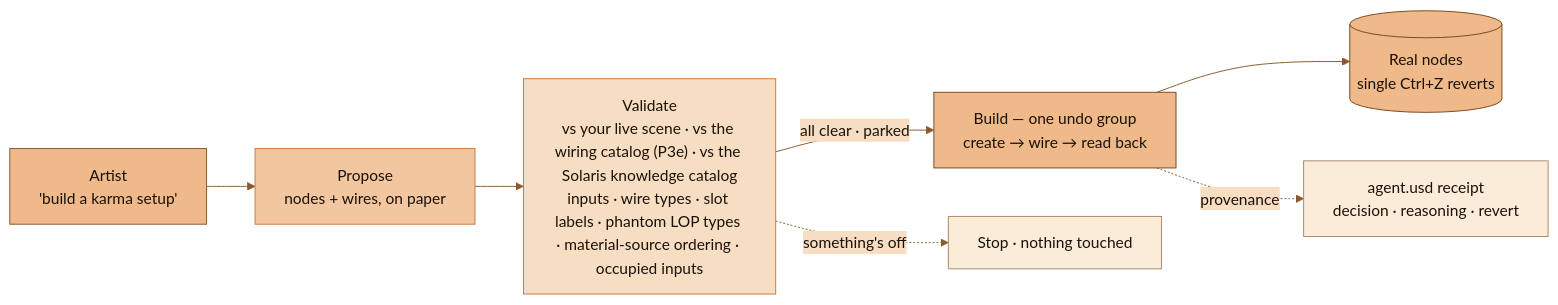
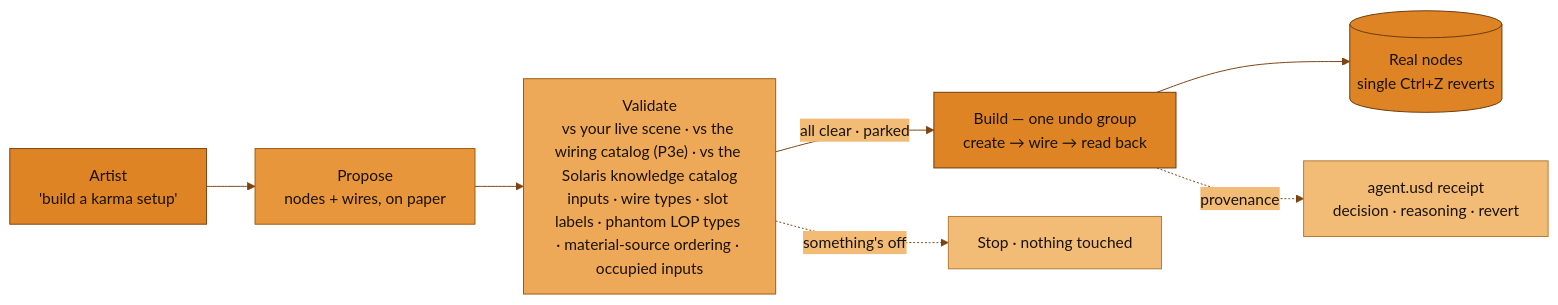
One commit to JosephOIbrahim/Synapse changed the fifth of 7 diagrams in README.md. Above: the diagram before and after it, drawn with Mermaid. The commit also changed other lines of this file, not shown here.

Commit message:
docs(readme): deepen the mermaid orange — darker, more saturated

````diff
--- a/README.md
+++ b/README.md
@@ -204,15 +204,15 @@
 ```mermaid
-%%{init: {'theme':'base', 'themeVariables': {'primaryColor':'#F2C7A0','primaryTextColor':'#1A1208','primaryBorderColor':'#C77B3F','lineColor':'#8A5A2B','secondaryColor':'#F7DDC2','tertiaryColor':'#FBEBD9','edgeLabelBackground':'#F7DDC2','clusterBkg':'#FBEBD9','clusterBorder':'#C77B3F'}}}%%
+%%{init: {'theme':'base', 'themeVariables': {'primaryColor':'#E8963B','primaryTextColor':'#1A1208','primaryBorderColor':'#9C5A10','lineColor':'#7A4310','secondaryColor':'#EEA958','tertiaryColor':'#F2BC77','edgeLabelBackground':'#F2BC77','clusterBkg':'#F2BC77','clusterBorder':'#9C5A10'}}}%%
 flowchart LR
     ASK["Artist<br/>'build a karma setup'"]:::artist --> PROP["Propose<br/>nodes + wires, on paper"]:::panel
     PROP --> VAL["Validate<br/>vs your live scene · vs the wiring catalog (P3e) · vs the Solaris knowledge catalog<br/>inputs · wire types · slot labels · phantom LOP types · material-source ordering · occupied inputs"]:::bridge
     VAL -->|"all clear · parked"| BUILD["Build — one undo group<br/>create → wire → read back"]:::hou
     VAL -.->|"something's off"| STOP["Stop · nothing touched"]:::side
     BUILD --> NODES[("Real nodes<br/>single Ctrl+Z reverts")]:::hou
     BUILD -.provenance.-> REC["agent.usd receipt<br/>decision · reasoning · revert"]:::side
-    classDef artist fill:#EFB98A,stroke:#8A5A2B,color:#1A1208
-    classDef panel fill:#F2C7A0,stroke:#C77B3F,color:#1A1208
-    classDef bridge fill:#F7DDC2,stroke:#C77B3F,color:#1A1208
-    classDef hou fill:#EFB98A,stroke:#7A4A1F,color:#1A1208
-    classDef side fill:#FBEBD9,stroke:#B08968,color:#1A1208
+    classDef artist fill:#DE8425,stroke:#7A4310,color:#1A1208
+    classDef panel fill:#E8963B,stroke:#9C5A10,color:#1A1208
+    classDef bridge fill:#EEA958,stroke:#9C5A10,color:#1A1208
+    classDef hou fill:#DE8425,stroke:#6B3A0C,color:#1A1208
+    classDef side fill:#F2BC77,stroke:#B37A33,color:#1A1208
 ```
````
